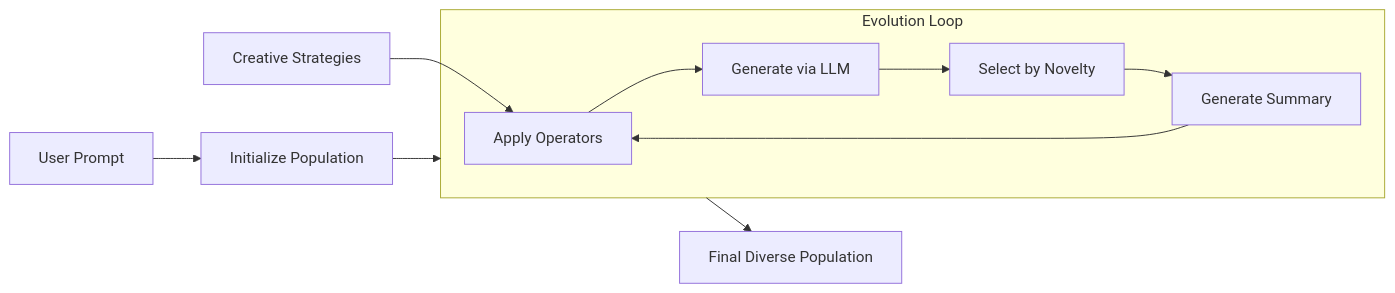
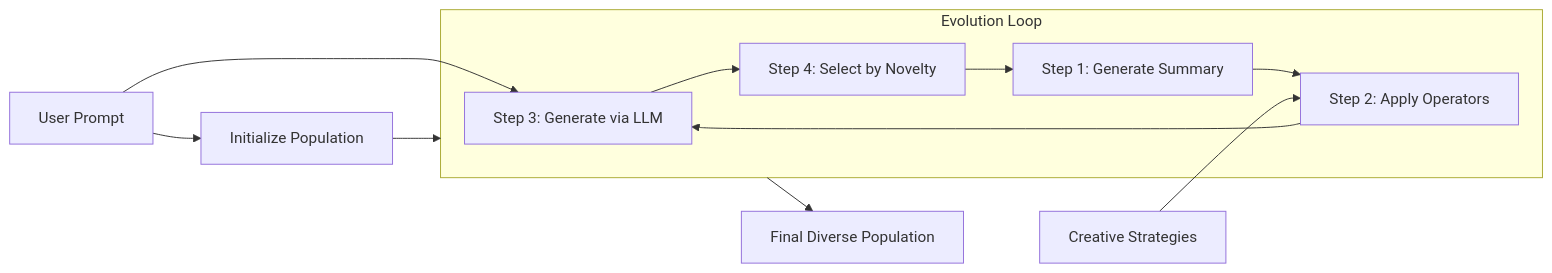
The diagram in src/routes/(projects)/lluminate/data/diagram.mermaid (joel-simon/joel-simon-net), drawn with Mermaid before and after one commit. The commit also changed 633 other files, not shown here.

```diff
--- a/src/routes/(projects)/lluminate/data/diagram.mermaid
+++ b/src/routes/(projects)/lluminate/data/diagram.mermaid
@@ -1,14 +1,15 @@
 flowchart LR
     A[User Prompt] --> B[Initialize Population]
+    A --> E[Generate via LLM]
     B --> C[Evolution Loop]
     
     subgraph C[Evolution Loop]
-        D[Apply Operators] --> E[Generate via LLM]
-        E --> F[Select by Novelty]
-        F --> G[Generate Summary]
-        G --> D
+        G["Step 1: Generate Summary"] --> D["Step 2: Apply Operators"]
+        D --> E["Step 3: Generate via LLM"]
+        E --> F["Step 4: Select by Novelty"]
+        F --> G
     end
     
     H[Creative Strategies] --> D
     
     C --> I[Final Diverse Population]
```
